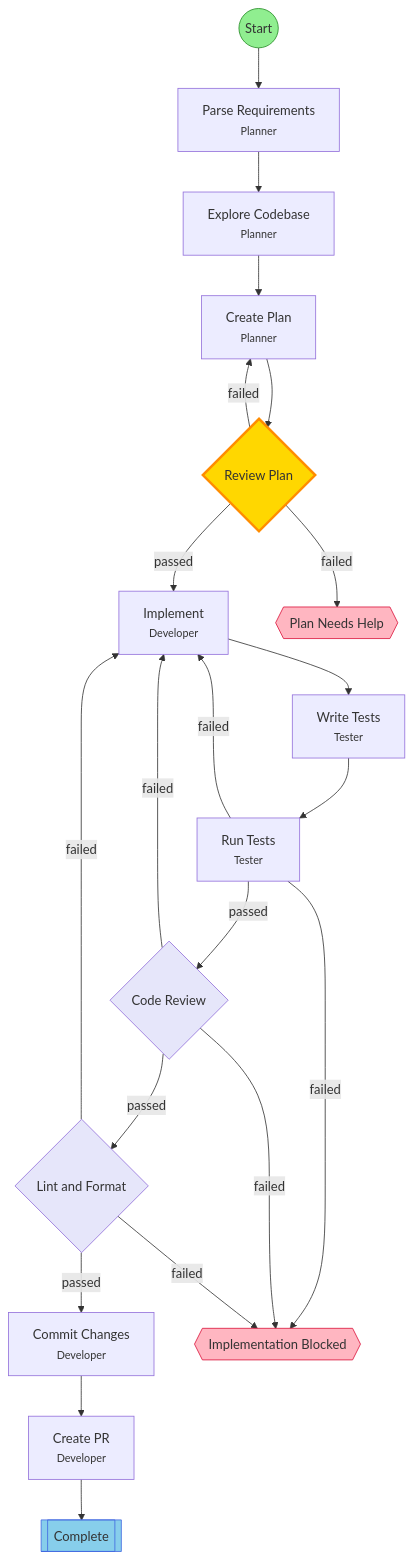
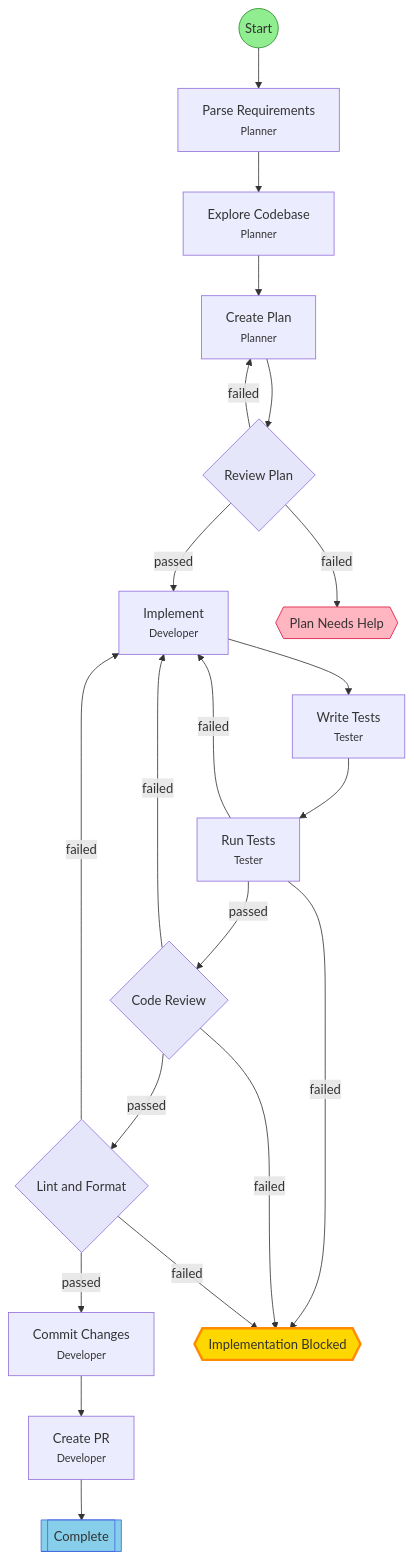
Before and after one commit to leclabs/agent-toolkit: the diagram in .flow/diagrams/feature-development.md, drawn with Mermaid. The commit also changed 29 other files, not shown here.

````diff
--- a/.flow/diagrams/feature-development.md
+++ b/.flow/diagrams/feature-development.md
@@ -7,50 +7,50 @@
 ```mermaid
 flowchart TD
     start(("Start"))
     parse_requirements["Parse Requirements<br/><small>Planner</small>"]
     explore_codebase["Explore Codebase<br/><small>Planner</small>"]
     create_plan["Create Plan<br/><small>Planner</small>"]
     plan_review{"Review Plan"}
     implement["Implement<br/><small>Developer</small>"]
     write_tests["Write Tests<br/><small>Tester</small>"]
     run_tests["Run Tests<br/><small>Tester</small>"]
     code_review{"Code Review"}
     lint_format{"Lint and Format"}
     commit["Commit Changes<br/><small>Developer</small>"]
     create_pr["Create PR<br/><small>Developer</small>"]
     end_success[["Complete"]]
     hitl_plan_failed{{"Plan Needs Help"}}
     hitl_impl_failed{{"Implementation Blocked"}}
 
     start --> parse_requirements
     parse_requirements --> explore_codebase
     explore_codebase --> create_plan
     create_plan --> plan_review
     plan_review -->|failed| create_plan
     plan_review -->|failed| hitl_plan_failed
     plan_review -->|passed| implement
     implement --> write_tests
     write_tests --> run_tests
     run_tests -->|failed| implement
     run_tests -->|failed| hitl_impl_failed
     run_tests -->|passed| code_review
     code_review -->|failed| implement
     code_review -->|failed| hitl_impl_failed
     code_review -->|passed| lint_format
     lint_format -->|passed| commit
     lint_format -->|failed| implement
     lint_format -->|failed| hitl_impl_failed
     commit --> create_pr
     create_pr --> end_success
 
     classDef startStep fill:#90EE90,stroke:#228B22
     classDef successStep fill:#87CEEB,stroke:#4169E1
     classDef hitlStep fill:#FFB6C1,stroke:#DC143C
     classDef gateStep fill:#E6E6FA,stroke:#9370DB
     classDef currentStep fill:#FFD700,stroke:#FF8C00,stroke-width:3px
     class start startStep
     class end_success successStep
     class hitl_plan_failed,hitl_impl_failed hitlStep
     class plan_review,code_review,lint_format gateStep
-    class plan_review currentStep
+    class hitl_impl_failed currentStep
 ```
````
